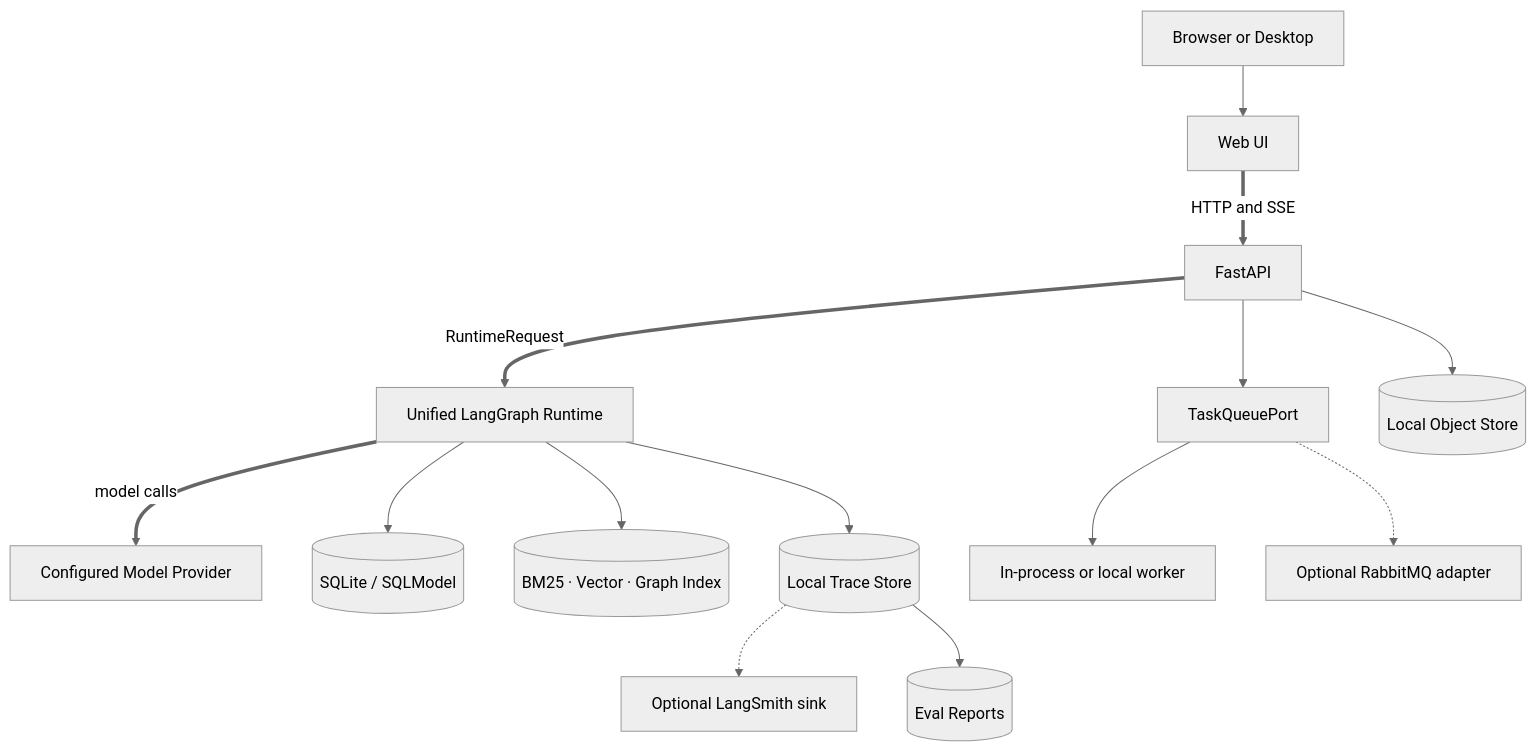
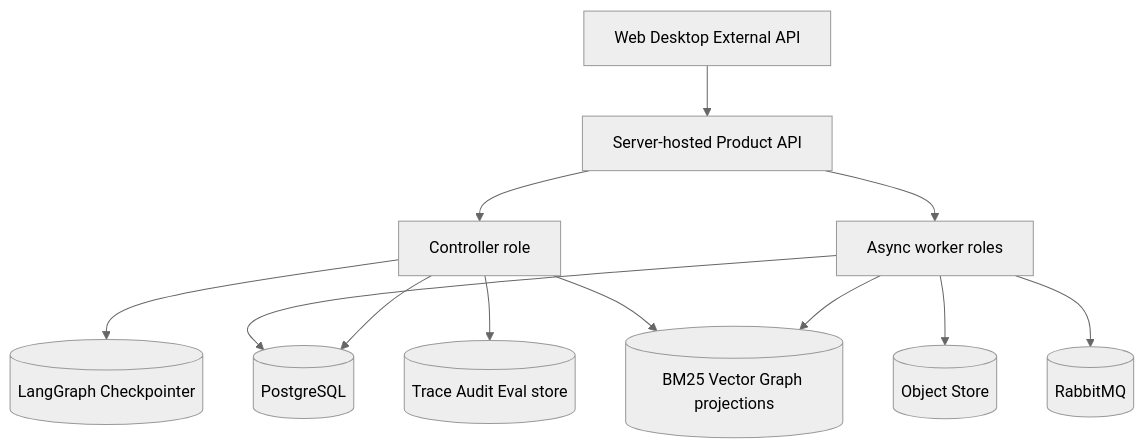
One commit to ProfessorZhi/Zuno changed the tenth of 30 diagrams in docs/architecture/architecture-views.md. Above: the diagram before and after it, drawn with Mermaid (neutral theme). The commit also changed other lines of this file and 14 other files, not shown here.

Commit message:
docs: align total architecture with canonical module designs

````diff
--- a/docs/architecture/architecture-views.md
+++ b/docs/architecture/architecture-views.md
@@ -200,15 +157,14 @@
 ```mermaid
 flowchart TB
-  User[Browser or Desktop] --> Web[Web UI] ==>|HTTP and SSE| API[FastAPI]
-  API ==>|RuntimeRequest| Runtime[Unified LangGraph Runtime]
-  Runtime ==>|model calls| Provider[Configured Model Provider]
-  API --> Queue[TaskQueuePort]
-  Queue --> LocalWorker[In-process or local worker]
-  Queue -.-> Rabbit[Optional RabbitMQ adapter]
-  Runtime --> DB[(SQLite / SQLModel)]
-  API --> Object[(Local Object Store)]
-  Runtime --> Index[(BM25 · Vector · Graph Index)]
-  Runtime --> Trace[(Local Trace Store)]
-  Trace -.-> LangSmith[Optional LangSmith sink]
-  Trace --> Eval[(Eval Reports)]
+  CLIENT[Web Desktop External API] --> API[Server-hosted Product API]
+  API --> CONTROL[Controller role]
+  API --> WORKER[Async worker roles]
+  CONTROL --> PG[(PostgreSQL)]
+  CONTROL --> CP[(LangGraph Checkpointer)]
+  WORKER --> PG
+  WORKER --> OBJ[(Object Store)]
+  WORKER --> Q[(RabbitMQ)]
+  WORKER --> IDX[(BM25 Vector Graph projections)]
+  CONTROL --> IDX
+  CONTROL --> TRACE[(Trace Audit Eval store)]
 ```
````
